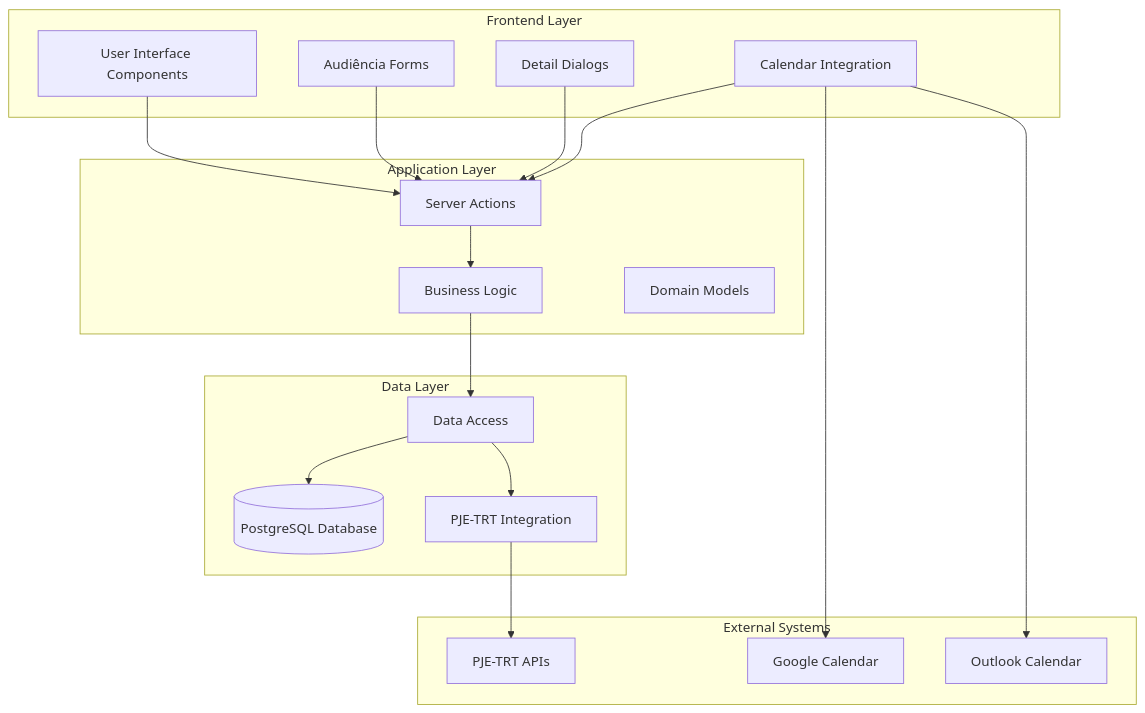
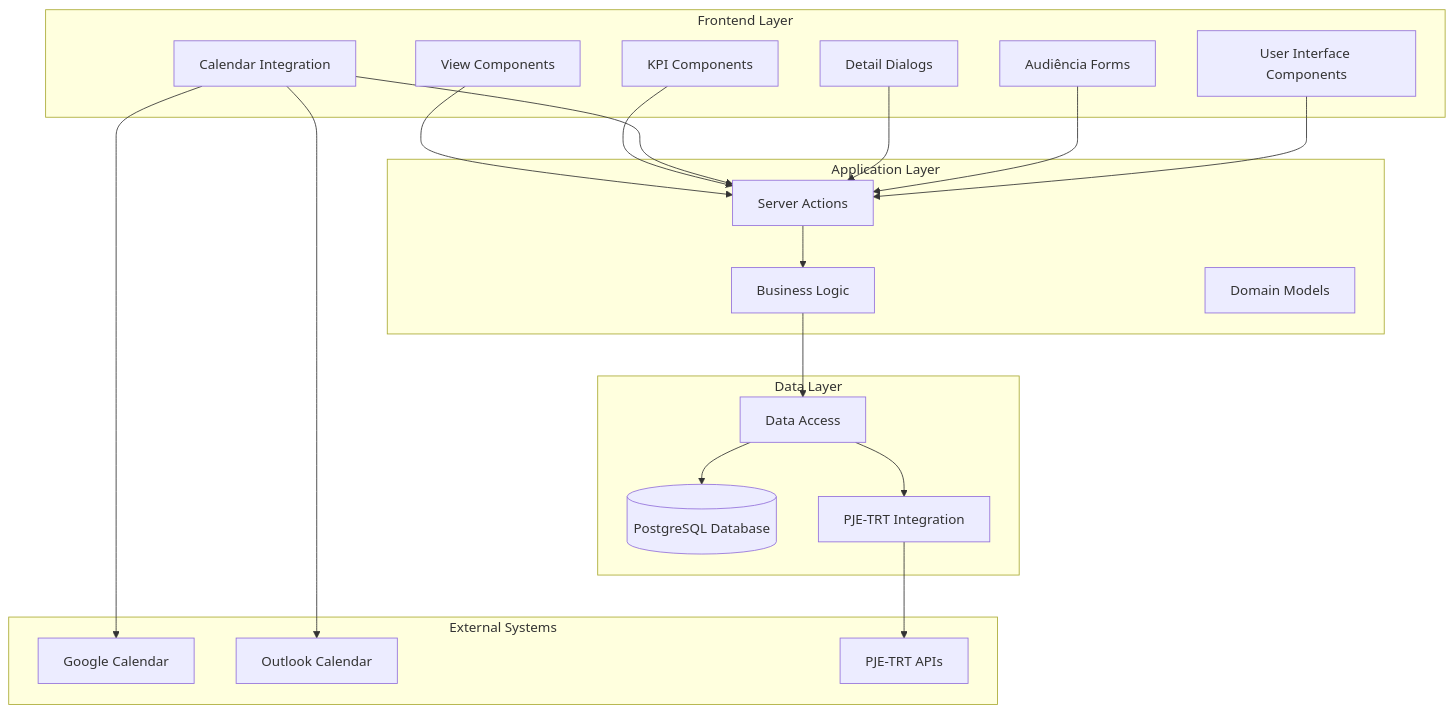
Before and after one commit to SinesysTech/zattar-os: the first of 13 diagrams in .qoder/repowiki/en/content/Audiência Management.md, drawn with Mermaid. The commit also changed other lines of this file and 40 other files, not shown here.

````diff
--- a/.qoder/repowiki/en/content/Audiência Management.md
+++ b/.qoder/repowiki/en/content/Audiência Management.md
@@ -39,35 +53,39 @@
 ```mermaid
 graph TB
 subgraph "Frontend Layer"
 UI[User Interface Components]
 Forms[Audiência Forms]
 Dialogs[Detail Dialogs]
 Calendar[Calendar Integration]
+KPI[KPI Components]
+Views[View Components]
 end
 subgraph "Application Layer"
 Actions[Server Actions]
 Services[Business Logic]
 Domain[Domain Models]
 end
 subgraph "Data Layer"
 Repository[Data Access]
 Database[(PostgreSQL Database)]
 PJE[PJE-TRT Integration]
 end
 subgraph "External Systems"
 GoogleCalendar[Google Calendar]
 Outlook[Outlook Calendar]
 PJE_API[PJE-TRT APIs]
 end
 UI --> Actions
 Forms --> Actions
 Dialogs --> Actions
 Calendar --> Actions
+KPI --> Actions
+Views --> Actions
 Actions --> Services
 Services --> Repository
 Repository --> Database
 Repository --> PJE
 PJE --> PJE_API
 Calendar --> GoogleCalendar
 Calendar --> Outlook
 ```
````
